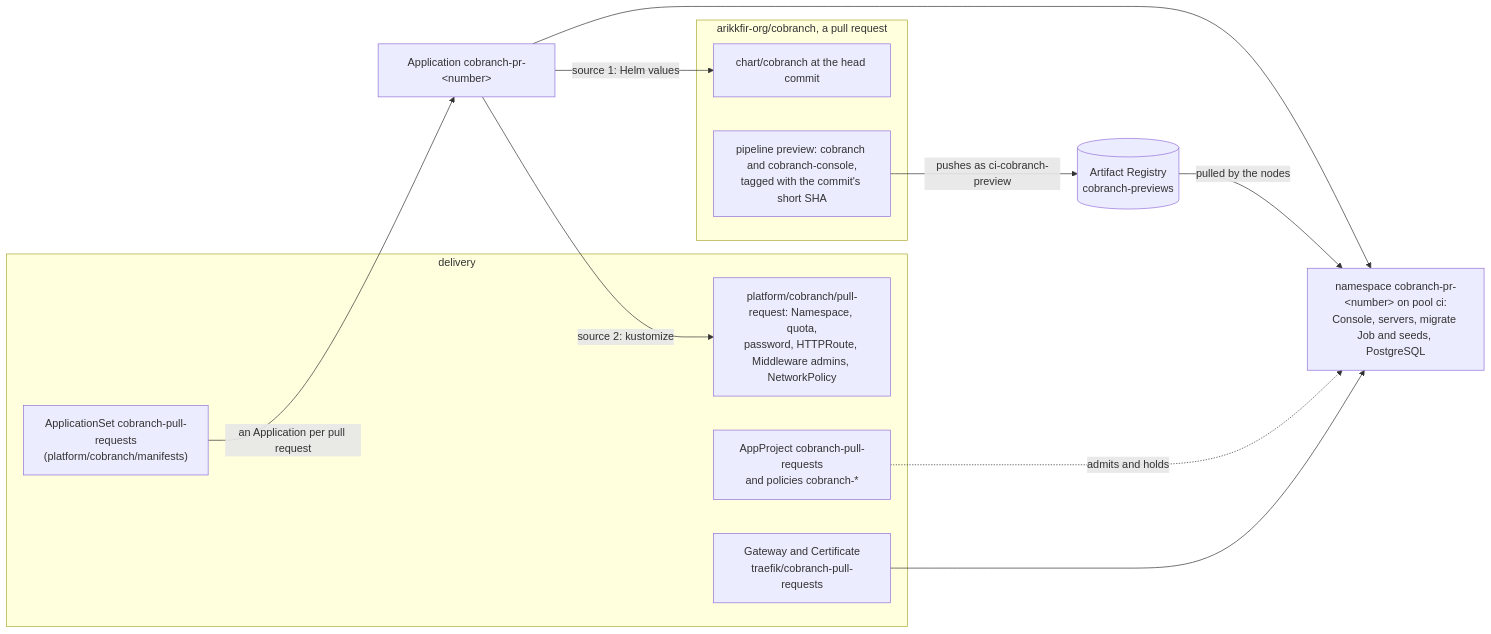
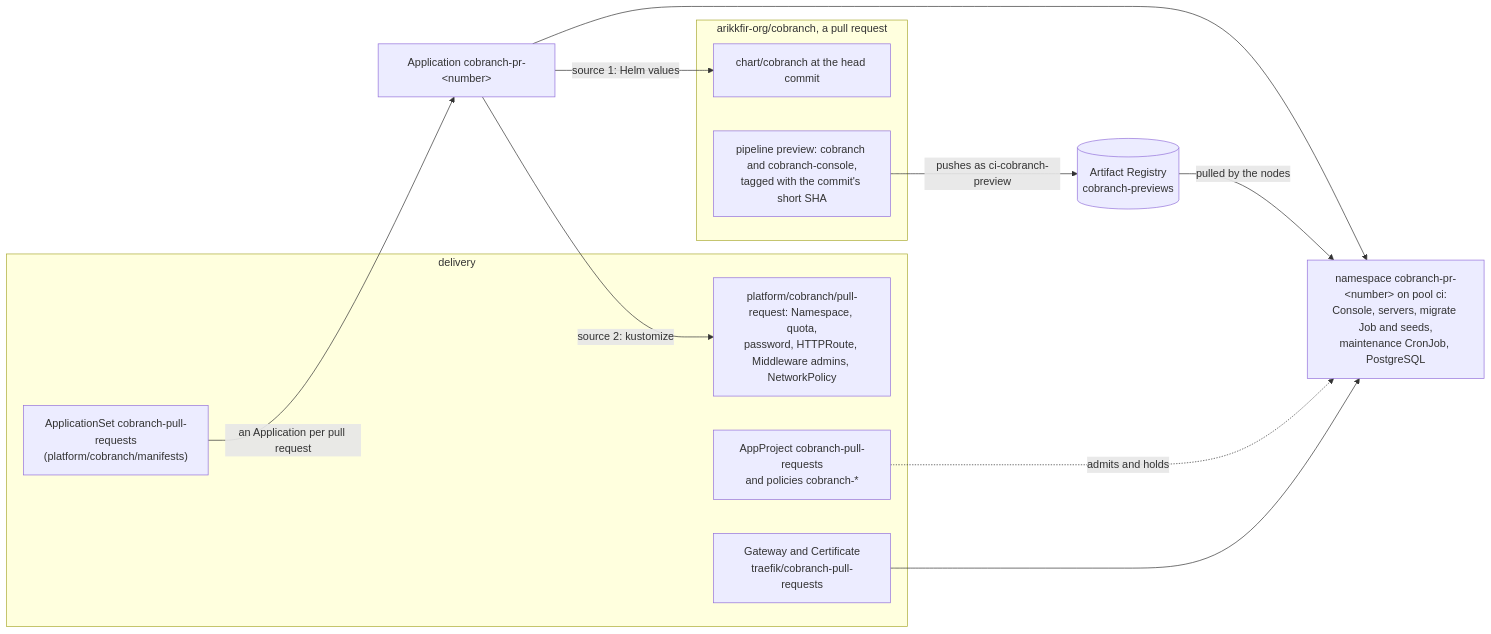
The first of 4 diagrams in docs/delivery/designs/cobranch-previews.md (arikkfir-org/delivery), drawn with Mermaid before and after one commit. The commit also changed other lines of this file and 6 other files, not shown here.

First line of the commit message:
feat(cobranch): admit the chart's maintenance CronJob to the demo and previews

````diff
--- a/docs/delivery/designs/cobranch-previews.md
+++ b/docs/delivery/designs/cobranch-previews.md
@@ -11,21 +11,21 @@
 ```mermaid
 flowchart LR
   subgraph cobranchrepo["arikkfir-org/cobranch, a pull request"]
     Chart["chart/cobranch at the head commit"]
     Preview["pipeline preview: cobranch and cobranch-console,<br/>tagged with the commit's short SHA"]
   end
   subgraph delivery["delivery"]
     Set["ApplicationSet cobranch-pull-requests<br/>(platform/cobranch/manifests)"]
     Extras["platform/cobranch/pull-request: Namespace, quota,<br/>password, HTTPRoute, Middleware admins, NetworkPolicy"]
     Project["AppProject cobranch-pull-requests<br/>and policies cobranch-*"]
     GW["Gateway and Certificate<br/>traefik/cobranch-pull-requests"]
   end
   Preview -- "pushes as ci-cobranch-preview" --> Reg[("Artifact Registry<br/>cobranch-previews")]
   Set -- "an Application per pull request" --> App["Application cobranch-pr-&lt;number&gt;"]
   App -- "source 1: Helm values" --> Chart
   App -- "source 2: kustomize" --> Extras
-  App --> NS["namespace cobranch-pr-&lt;number&gt; on pool ci:<br/>Console, servers, migrate Job and seeds, PostgreSQL"]
+  App --> NS["namespace cobranch-pr-&lt;number&gt; on pool ci:<br/>Console, servers, migrate Job and seeds,<br/>maintenance CronJob, PostgreSQL"]
   Reg -- "pulled by the nodes" --> NS
   Project -. "admits and holds" .-> NS
   GW --> NS
 ```
````
